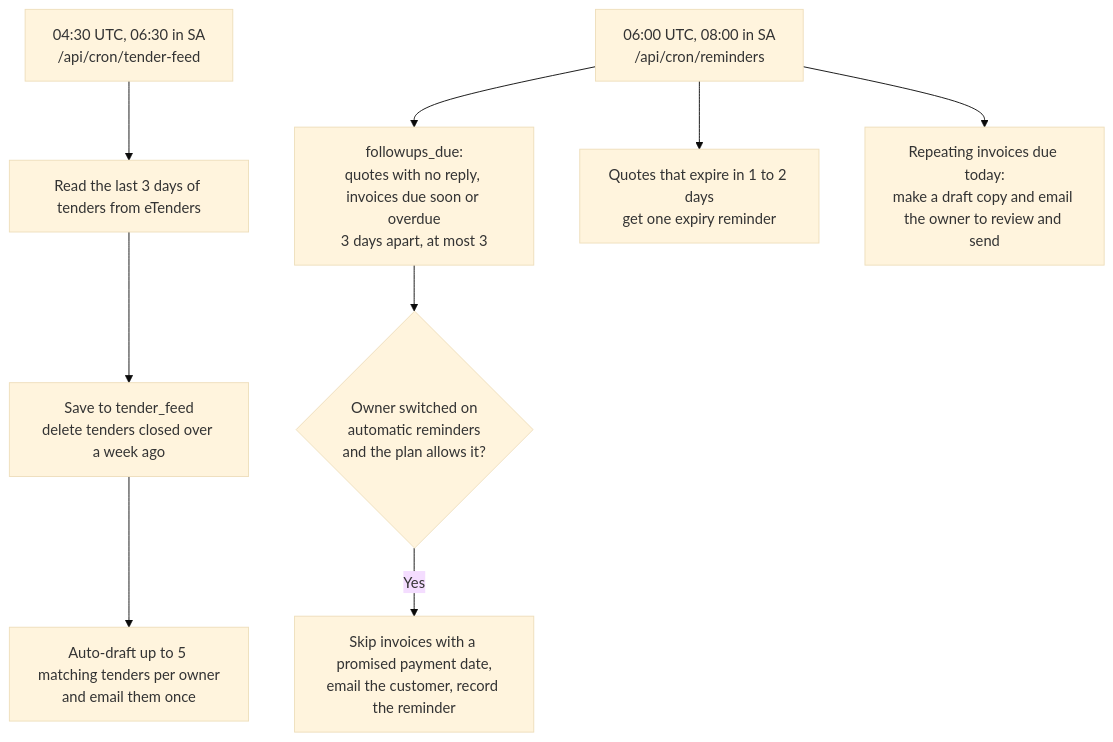
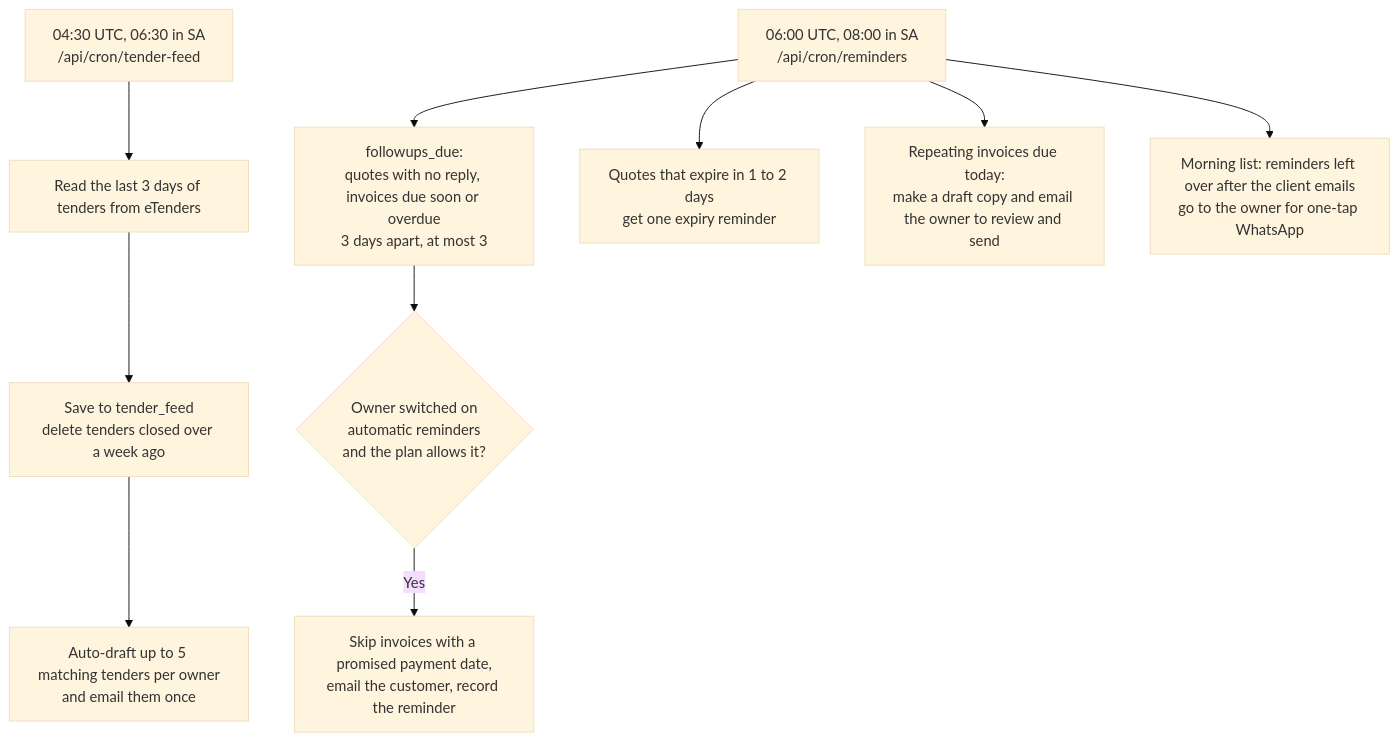
Before and after one commit to steve2700/yebo_invoices: the fifth of 8 diagrams in docs/HOW-IT-WORKS.md, drawn with Mermaid (base theme). The commit also changed other lines of this file and 3 other files, not shown here.

Commit message:
Docs: how reminders work, with diagram

````diff
--- a/docs/HOW-IT-WORKS.md
+++ b/docs/HOW-IT-WORKS.md
@@ -134,12 +134,13 @@
 ```mermaid
 flowchart TD
   T0["04:30 UTC, 06:30 in SA<br/>/api/cron/tender-feed"] --> T1["Read the last 3 days of tenders from eTenders"]
   T1 --> T2["Save to tender_feed<br/>delete tenders closed over a week ago"]
   T2 --> T3["Auto-draft up to 5 matching tenders per owner<br/>and email them once"]
 
   R0["06:00 UTC, 08:00 in SA<br/>/api/cron/reminders"] --> R1["followups_due:<br/>quotes with no reply, invoices due soon or overdue<br/>3 days apart, at most 3"]
   R1 --> R2{"Owner switched on<br/>automatic reminders<br/>and the plan allows it?"}
   R2 -->|"Yes"| R3["Skip invoices with a promised payment date,<br/>email the customer, record the reminder"]
   R0 --> R4["Quotes that expire in 1 to 2 days<br/>get one expiry reminder"]
   R0 --> R5["Repeating invoices due today:<br/>make a draft copy and email the owner to review and send"]
+  R0 --> R6["Morning list: reminders left over after the client emails<br/>go to the owner for one-tap WhatsApp"]
 ```
````
